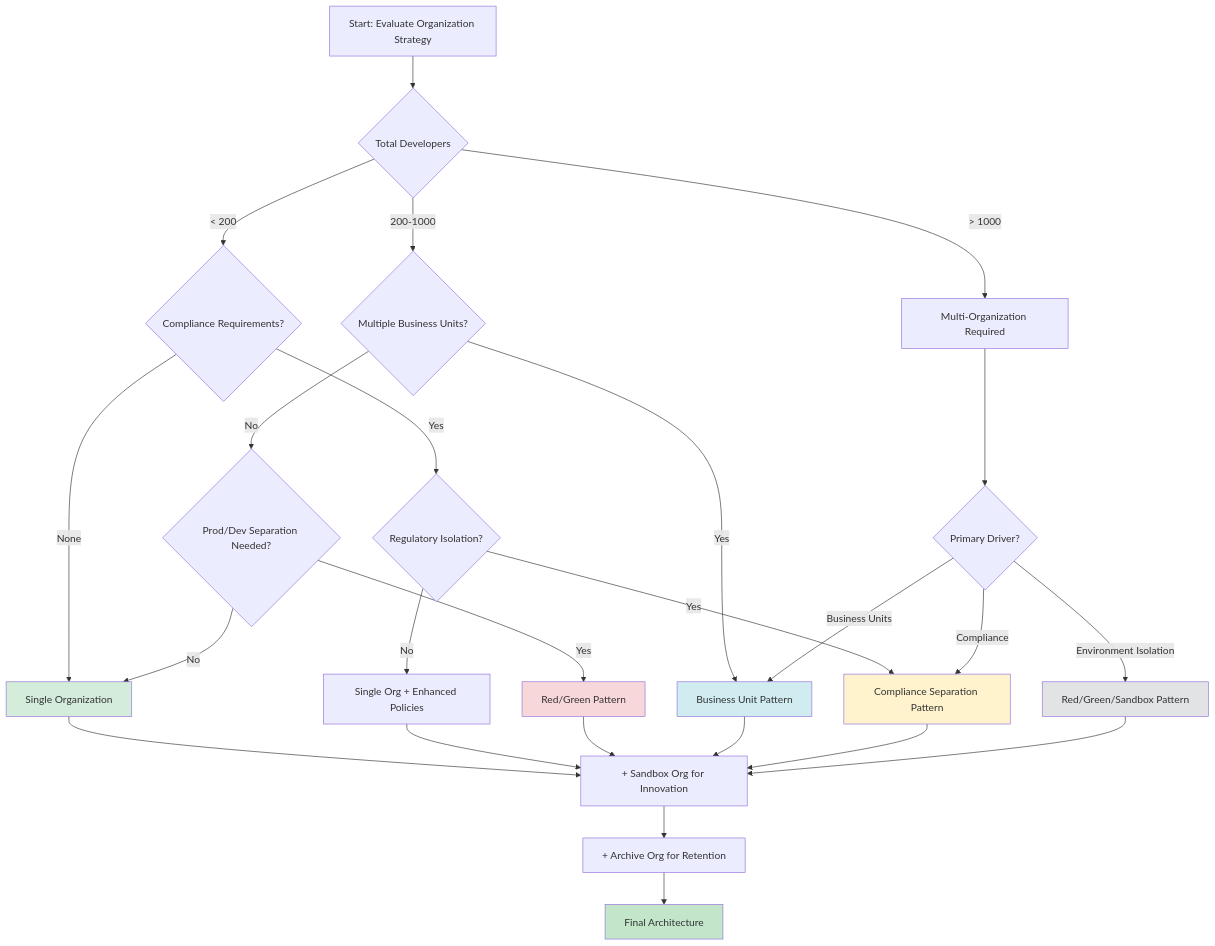
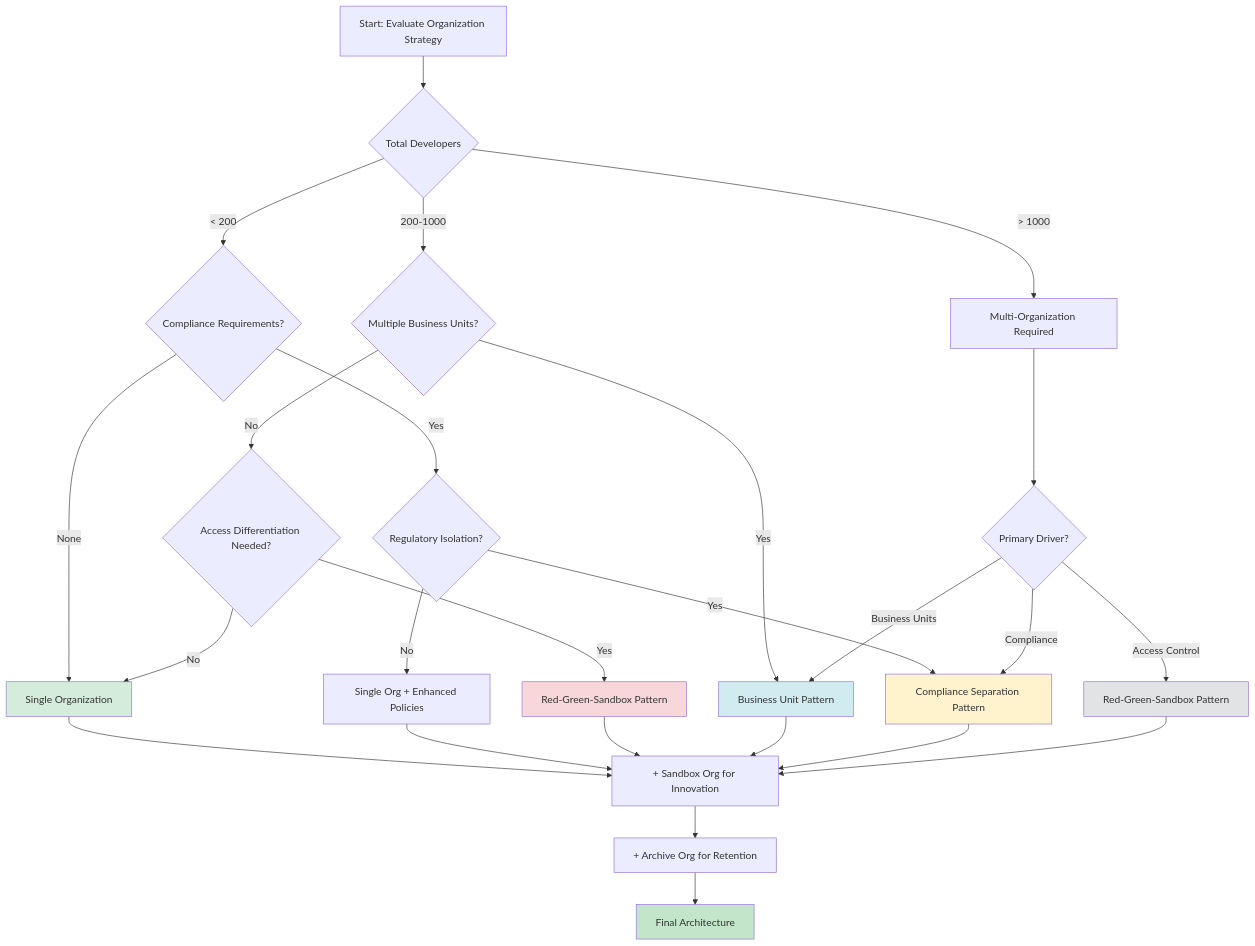
The sixth of 7 diagrams in docs/02-organization-strategies.md (githubabcs/gh-abcs-admin), drawn with Mermaid before and after one commit. The commit also changed other lines of this file and 6 other files, not shown here.

````diff
--- a/docs/02-organization-strategies.md
+++ b/docs/02-organization-strategies.md
@@ -765,42 +862,42 @@
 ```mermaid
 flowchart TD
     A[Start: Evaluate Organization Strategy] --> B{Total Developers}
     
     B -->|< 200| C{Compliance Requirements?}
     B -->|200-1000| D{Multiple Business Units?}
     B -->|> 1000| E[Multi-Organization Required]
     
     C -->|None| F[Single Organization]
     C -->|Yes| G{Regulatory Isolation?}
     
     G -->|No| H[Single Org + Enhanced Policies]
     G -->|Yes| I[Compliance Separation Pattern]
     
-    D -->|No| J{Prod/Dev Separation Needed?}
+    D -->|No| J{Access Differentiation Needed?}
     D -->|Yes| K[Business Unit Pattern]
     
     J -->|No| F
-    J -->|Yes| L[Red/Green Pattern]
+    J -->|Yes| L[Red-Green-Sandbox Pattern]
     
     E --> M{Primary Driver?}
     M -->|Compliance| I
     M -->|Business Units| K
-    M -->|Environment Isolation| N[Red/Green/Sandbox Pattern]
+    M -->|Access Control| N[Red-Green-Sandbox Pattern]
     
     F --> O[+ Sandbox Org for Innovation]
     H --> O
     L --> O
     K --> O
     I --> O
     N --> O
     
     O --> P[+ Archive Org for Retention]
     P --> Q[Final Architecture]
     
     style F fill:#d4edda
     style I fill:#fff3cd
     style K fill:#d1ecf1
     style L fill:#f8d7da
     style N fill:#e2e3e5
     style Q fill:#c3e6cb
 ```
````
